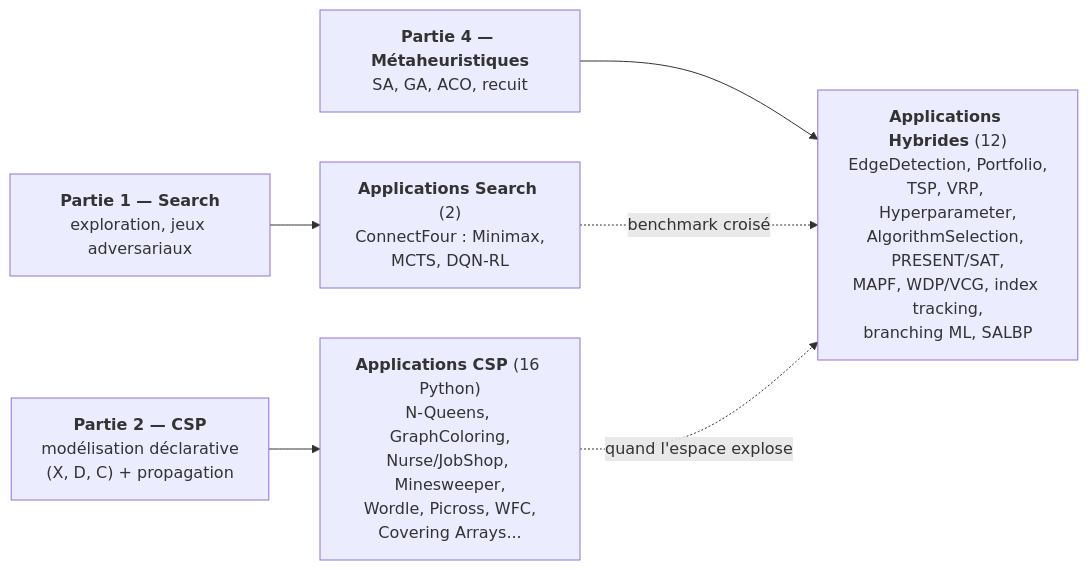
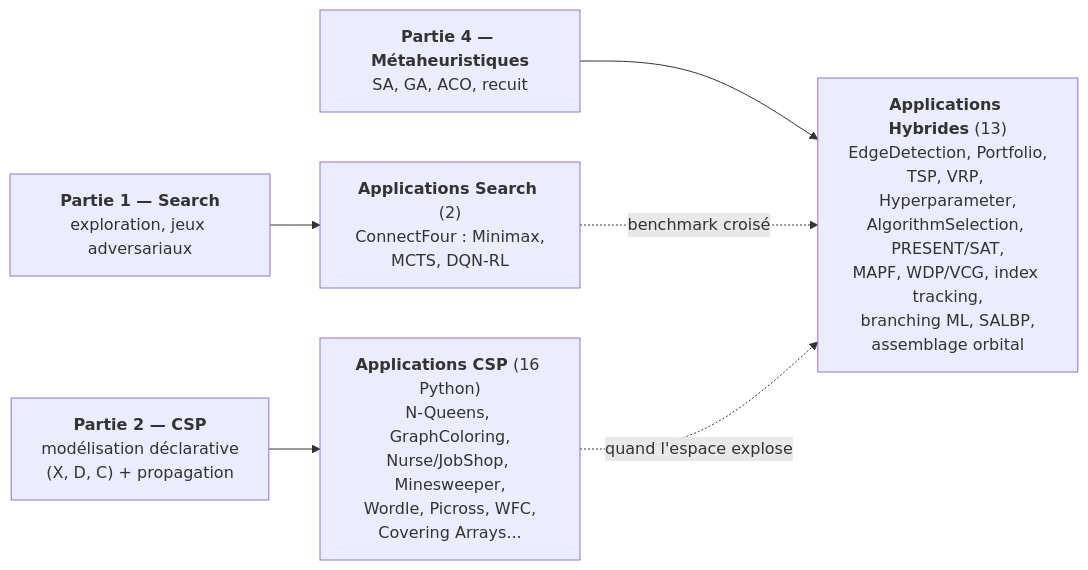
One commit to jsboige/CoursIA changed the diagram in MyIA.AI.Notebooks/Search/Applications/README.md. Above: the diagram before and after it, drawn with Mermaid. The commit also changed other lines of this file and 10 other files, not shown here.

````diff
--- a/MyIA.AI.Notebooks/Search/Applications/README.md
+++ b/MyIA.AI.Notebooks/Search/Applications/README.md
@@ -38,14 +38,14 @@
 ```mermaid
 flowchart LR
     P1["<b>Partie 1 — Search</b><br/>exploration, jeux adversariaux"]
     P2["<b>Partie 2 — CSP</b><br/>modélisation déclarative<br/>(X, D, C) + propagation"]
     P4["<b>Partie 4 — Métaheuristiques</b><br/>SA, GA, ACO, recuit"]
     S["<b>Applications Search</b> (2)<br/>ConnectFour : Minimax,<br/>MCTS, DQN-RL"]
     C["<b>Applications CSP</b> (16 Python)<br/>N-Queens, GraphColoring,<br/>Nurse/JobShop, Minesweeper,<br/>Wordle, Picross, WFC,<br/>Covering Arrays..."]
-    H["<b>Applications Hybrides</b> (12)<br/>EdgeDetection, Portfolio,<br/>TSP, VRP, Hyperparameter,<br/>AlgorithmSelection, PRESENT/SAT,<br/>MAPF, WDP/VCG, index tracking,<br/>branching ML, SALBP"]
+    H["<b>Applications Hybrides</b> (13)<br/>EdgeDetection, Portfolio,<br/>TSP, VRP, Hyperparameter,<br/>AlgorithmSelection, PRESENT/SAT,<br/>MAPF, WDP/VCG, index tracking,<br/>branching ML, SALBP,<br/>assemblage orbital"]
     P1 --> S
     P2 --> C
     P4 --> H
     S -.->|"benchmark croisé"| H
     C -.->|"quand l'espace explose"| H
 ```
````
